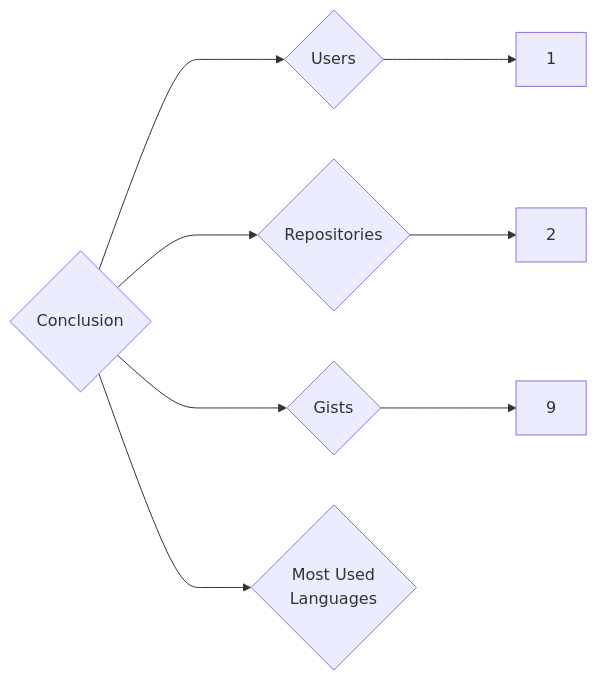
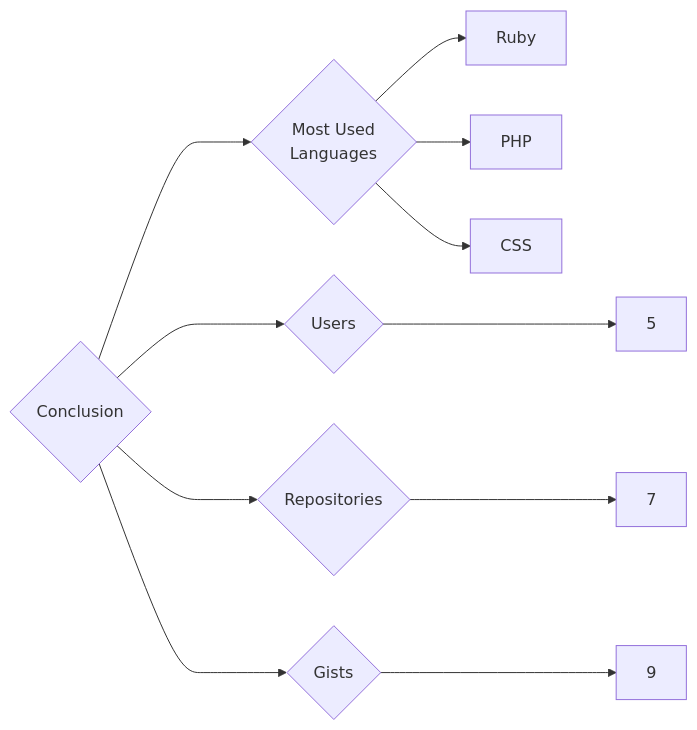
One commit to trickest/insiders changed the diagram in targets/Conclusion/README.md. Above: the diagram before and after it, drawn with Mermaid. The commit also changed 873 other files, not shown here.

````diff
--- a/targets/Conclusion/README.md
+++ b/targets/Conclusion/README.md
@@ -3,8 +3,11 @@
 ```mermaid
 graph LR
 COMPANY_NAME{Conclusion}
-COMPANY_NAME ---> U{Users} ---> UN[1]
-COMPANY_NAME ---> R{Repositories} ---> RN[2]
+COMPANY_NAME ---> U{Users} ---> UN[5]
+COMPANY_NAME ---> R{Repositories} ---> RN[7]
 COMPANY_NAME ---> G{Gists} ---> GN[9]
 COMPANY_NAME ---> ML{Most Used<br>Languages}
+ML --> Ruby[Ruby]
+ML --> PHP[PHP]
+ML --> CSS[CSS]
 ```
````
